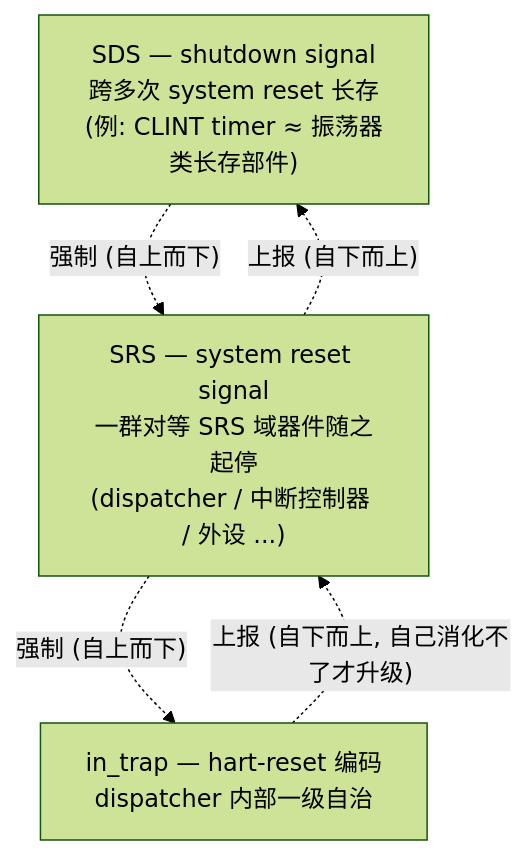
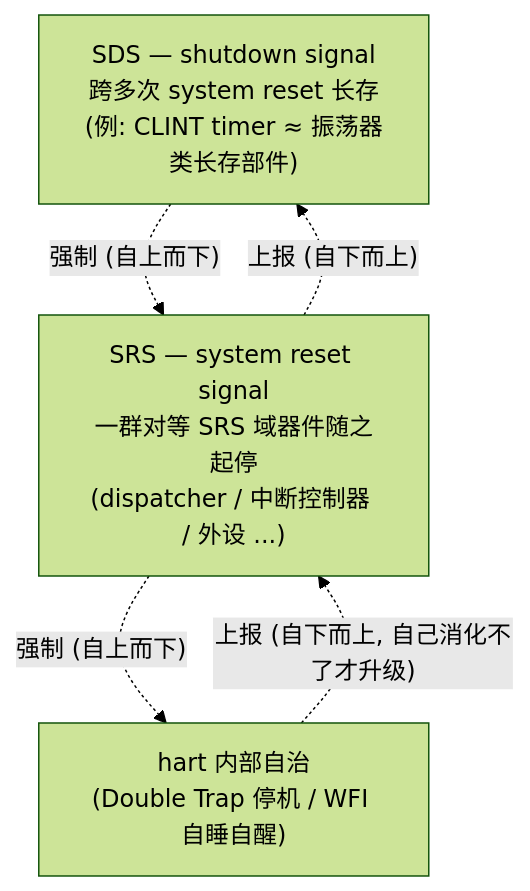
One commit to LiuJiLan/riscv-jit-emulator changed the first of 5 diagrams in README.md. Above: the diagram before and after it, drawn with Mermaid (forest theme). The commit also changed other lines of this file and 21 other files, not shown here.

````diff
--- a/README.md
+++ b/README.md
@@ -26,10 +28,10 @@
 ```mermaid
 graph TB
     SDS["SDS — shutdown signal<br/>跨多次 system reset 长存<br/>(例: CLINT timer ≈ 振荡器类长存部件)"]
     SRS["SRS — system reset signal<br/>一群对等 SRS 域器件随之起停<br/>(dispatcher / 中断控制器 / 外设 ...)"]
-    HR["in_trap — hart-reset 编码<br/>dispatcher 内部一级自治"]
+    HR["hart 内部自治<br/>(Double Trap 停机 / WFI 自睡自醒)"]
     SDS -. "强制 (自上而下)" .-> SRS
     SRS -. "强制 (自上而下)" .-> HR
     HR -. "上报 (自下而上, 自己消化不了才升级)" .-> SRS
     SRS -. "上报 (自下而上)" .-> SDS
 ```
````
